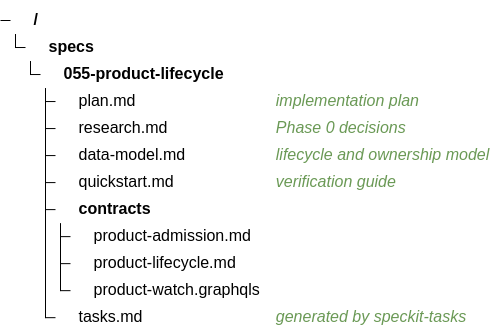
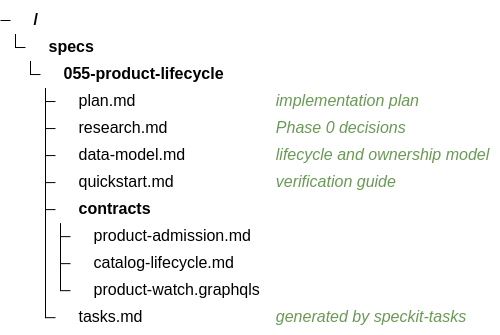
Before and after one commit to gitstore-dev/GitStore: the first of 2 diagrams in specs/055-product-lifecycle/plan.md, drawn with Mermaid. The commit also changed 64 other files, not shown here.

````diff
--- a/specs/055-product-lifecycle/plan.md
+++ b/specs/055-product-lifecycle/plan.md
@@ -62,15 +62,15 @@
 ```mermaid
 %%{init: {"treeView": {"showIcons": true}} }%%
 treeView-beta
     specs/
         055-product-lifecycle/
             plan.md ## implementation plan
             research.md ## Phase 0 decisions
             data-model.md ## lifecycle and ownership model
             quickstart.md ## verification guide
             contracts/
                 product-admission.md
-                product-lifecycle.md
+                catalog-lifecycle.md
                 product-watch.graphqls
             tasks.md ## generated by speckit-tasks
 ```
````
